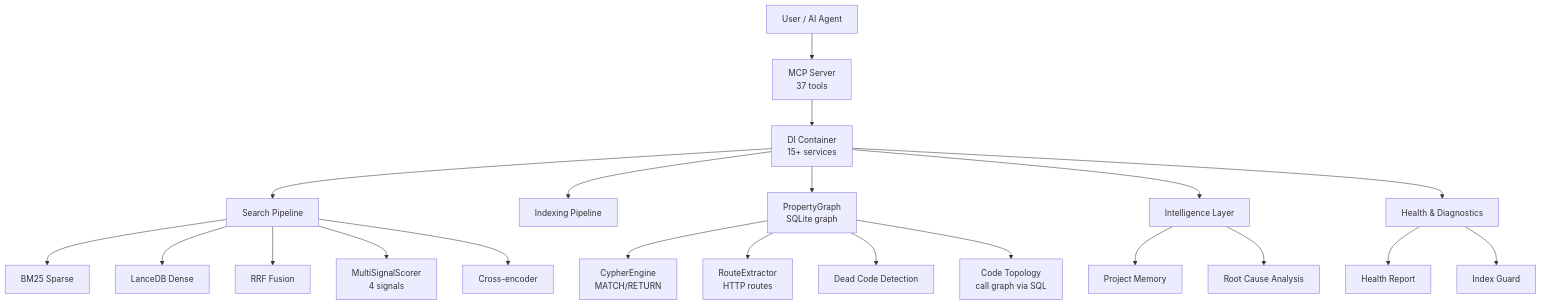
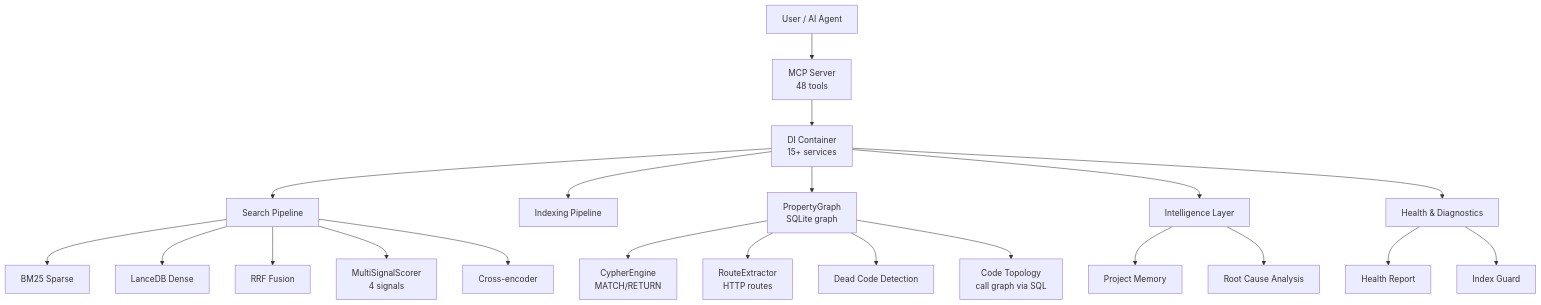
Before and after one commit to ManSio/mscodebase-intelligence: the first of 8 diagrams in docs/ru/ARCHITECTURE_DEEP.md, drawn with Mermaid. The commit also changed other lines of this file and 16 other files, not shown here.

````diff
--- a/docs/ru/ARCHITECTURE_DEEP.md
+++ b/docs/ru/ARCHITECTURE_DEEP.md
@@ -7,27 +7,27 @@
 ```mermaid
 flowchart TD
-    User[User / AI Agent] --> MCP[MCP Server\n37 tools]
+    User[User / AI Agent] --> MCP[MCP Server\n48 tools]
     MCP --> DI[DI Container\n15+ services]
     DI --> Search[Search Pipeline]
     DI --> Index[Indexing Pipeline]
     DI --> Graph[PropertyGraph\nSQLite graph]
     DI --> Intel[Intelligence Layer]
     DI --> Health[Health & Diagnostics]
     
     Search --> BM25[BM25 Sparse]
     Search --> Dense[LanceDB Dense]
     Search --> RRF[RRF Fusion]
     Search --> MultiSig[MultiSignalScorer\n4 signals]
     Search --> Rerank[Cross-encoder]
     
     Graph --> Cypher[CypherEngine\nMATCH/RETURN]
     Graph --> Route[RouteExtractor\nHTTP routes]
     Graph --> Dead[Dead Code Detection]
     Graph --> Topology[Code Topology\ncall graph via SQL]
     
     Intel --> Memory[Project Memory]
     Intel --> RCA[Root Cause Analysis]
     
     Health --> Report[Health Report]
     Health --> Guard[Index Guard]
 ```
````
